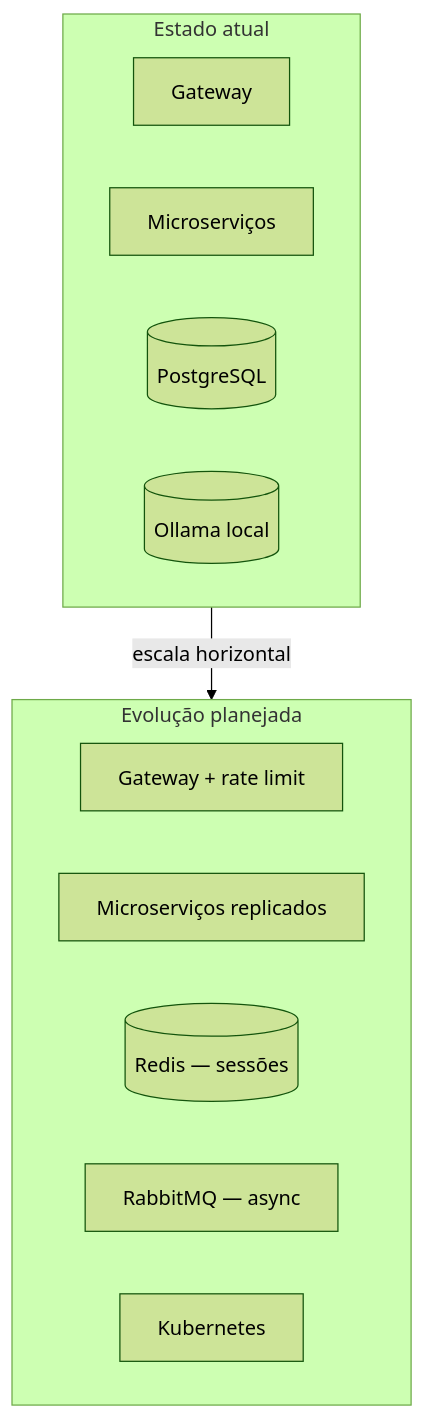
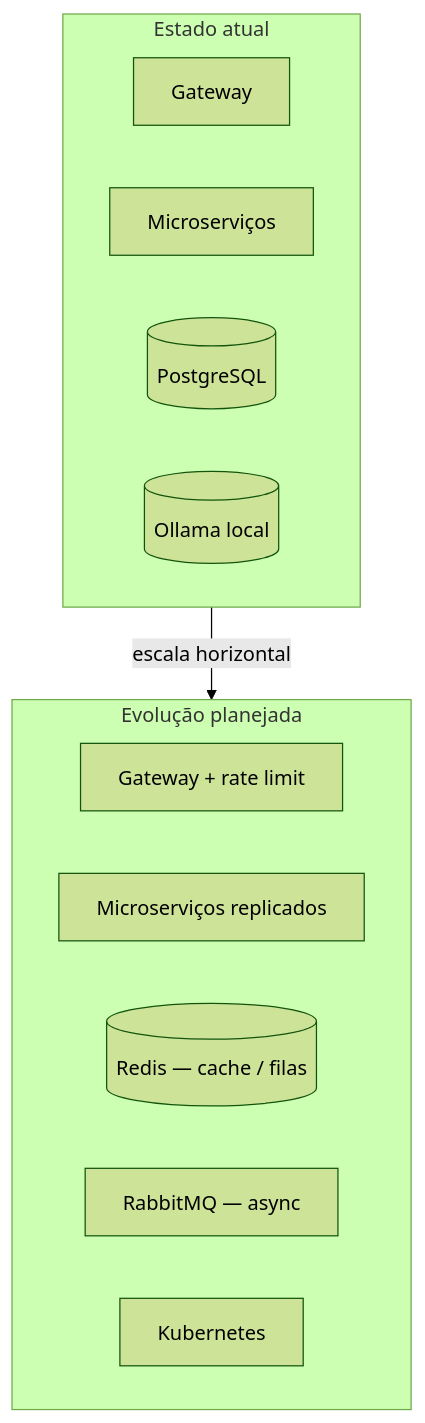
One commit to FranciscoStanley/MyJarvis changed the tenth of 10 diagrams in docs/architecture.md. Above: the diagram before and after it, drawn with Mermaid (forest theme). The commit also changed other lines of this file and 19 other files, not shown here.

````diff
--- a/docs/architecture.md
+++ b/docs/architecture.md
@@ -283,19 +325,19 @@
 ```mermaid
 flowchart TB
     subgraph Atual["Estado atual"]
         GW1[Gateway]
         MS1[Microserviços]
         PG1[(PostgreSQL)]
         OL1[(Ollama local)]
     end
 
     subgraph Futuro["Evolução planejada"]
         GW2[Gateway + rate limit]
         MS2[Microserviços replicados]
-        REDIS2[(Redis — sessões)]
+        REDIS2[(Redis — cache / filas)]
         MQ[RabbitMQ — async]
         K8S[Kubernetes]
     end
 
     Atual -->|escala horizontal| Futuro
 ```
````
